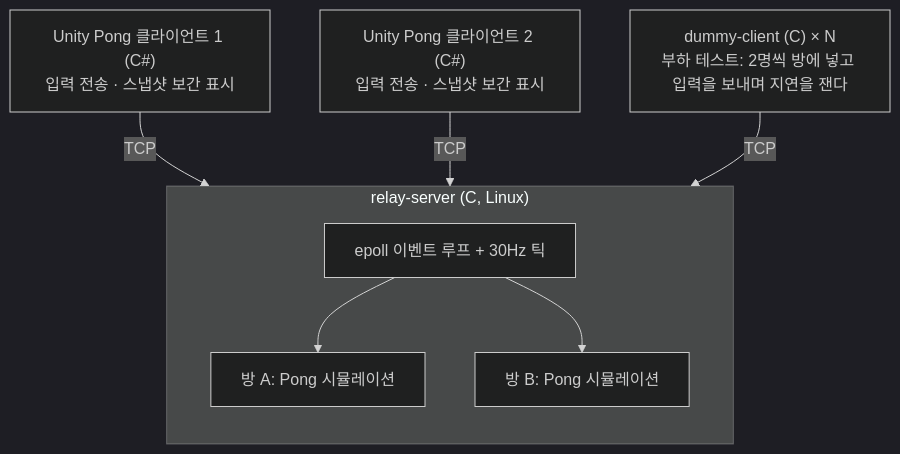
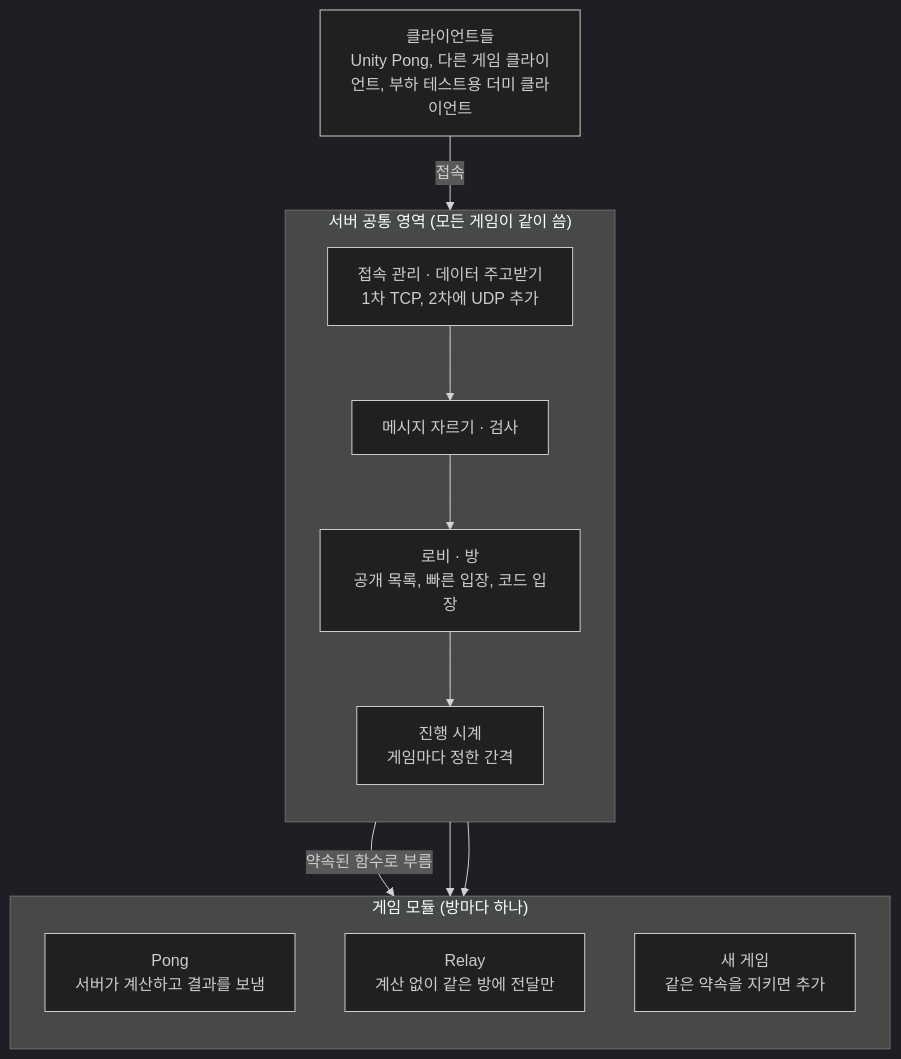
Before and after one commit to JustForLabor/Relay-Server-Practice: the first of 4 diagrams in docs/overview.md, drawn with Mermaid (dark theme). The commit also changed other lines of this file and 4 other files, not shown here.

Commit message:
design: split server into common core and game modules; protocol draft v1, game_api.h, ADR 0002

````diff
--- a/docs/overview.md
+++ b/docs/overview.md
@@ -45,17 +48,22 @@
 ```mermaid
 flowchart TB
-    U1["Unity Pong 클라이언트 1 (C#)<br/>입력 전송 · 스냅샷 보간 표시"]
-    U2["Unity Pong 클라이언트 2 (C#)<br/>입력 전송 · 스냅샷 보간 표시"]
-    subgraph SRV["relay-server (C, Linux)"]
+    C["클라이언트들<br/>Unity Pong, 다른 게임 클라이언트, 부하 테스트용 더미 클라이언트"]
+    subgraph CORE["서버 공통 영역 (모든 게임이 같이 씀)"]
         direction TB
-        LOOP["epoll 이벤트 루프 + 30Hz 틱"]
-        RA["방 A: Pong 시뮬레이션"]
-        RB["방 B: Pong 시뮬레이션"]
-        LOOP --> RA
-        LOOP --> RB
+        A["접속 관리 · 데이터 주고받기<br/>1차 TCP, 2차에 UDP 추가"]
+        B["메시지 자르기 · 검사"]
+        L["로비 · 방<br/>공개 목록, 빠른 입장, 코드 입장"]
+        T["진행 시계<br/>게임마다 정한 간격"]
+        A --> B --> L --> T
     end
-    D["dummy-client (C) × N<br/>부하 테스트: 2명씩 방에 넣고 입력을 보내며 지연을 잰다"]
-    U1 -->|TCP| LOOP
-    U2 -->|TCP| LOOP
-    D -->|TCP| LOOP
+    subgraph GAMES["게임 모듈 (방마다 하나)"]
+        direction TB
+        G1["Pong<br/>서버가 계산하고 결과를 보냄"]
+        G2["Relay<br/>계산 없이 같은 방에 전달만"]
+        G3["새 게임<br/>같은 약속을 지키면 추가"]
+    end
+    C -->|접속| A
+    T -->|약속된 함수로 부름| G1
+    T --> G2
+    T --> G3
 ```
````
